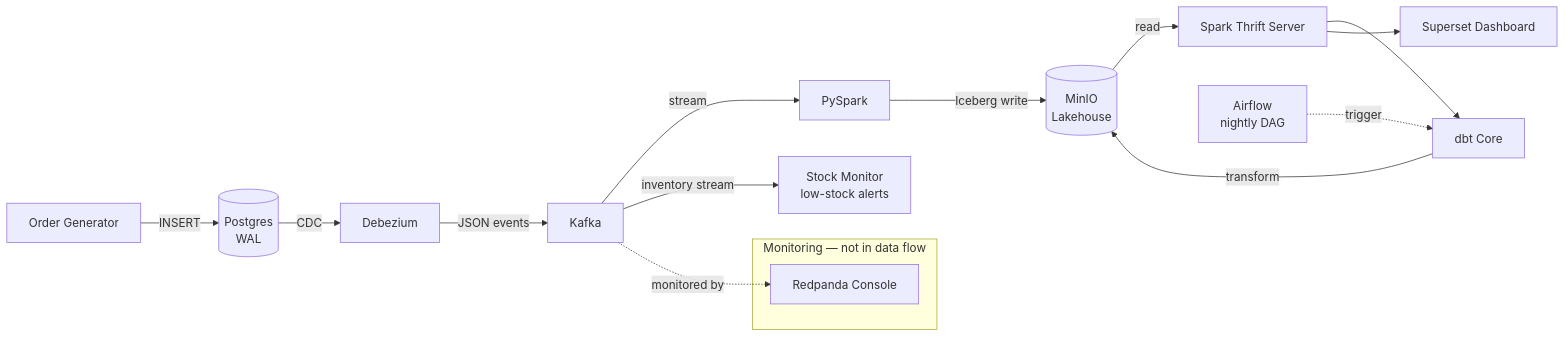
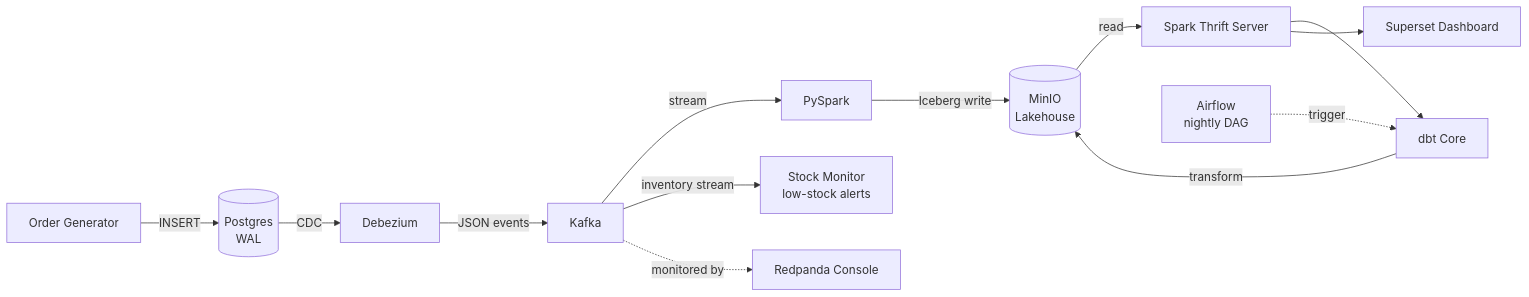
One commit to airdeniz/ecommerce-realtime-pipeline changed the first of 2 diagrams in README.md. Above: the diagram before and after it, drawn with Mermaid.

Commit message:
docs: revert Redpanda Console subgraph in high-level diagram

````diff
--- a/README.md
+++ b/README.md
@@ -22,18 +22,16 @@
 ```mermaid
 flowchart LR
     GEN[Order Generator] -->|INSERT| PG[(Postgres<br/>WAL)]
     PG -->|CDC| DBZ[Debezium]
     DBZ -->|JSON events| KAFKA[Kafka]
     KAFKA -->|stream| SPARK[PySpark]
     KAFKA -->|inventory stream| STOCK[Stock Monitor<br/>low-stock alerts]
     SPARK -->|Iceberg write| MINIO[(MinIO<br/>Lakehouse)]
     MINIO -->|read| THRIFT[Spark Thrift Server]
     THRIFT --> DBT[dbt Core]
     DBT -->|transform| MINIO
     AIRFLOW[Airflow<br/>nightly DAG] -.->|trigger| DBT
     THRIFT --> SUPERSET[Superset Dashboard]
-    subgraph MON["Monitoring — not in data flow"]
-        CONSOLE[Redpanda Console]
-    end
+    CONSOLE[Redpanda Console]
     KAFKA -.->|monitored by| CONSOLE
 ```
````
